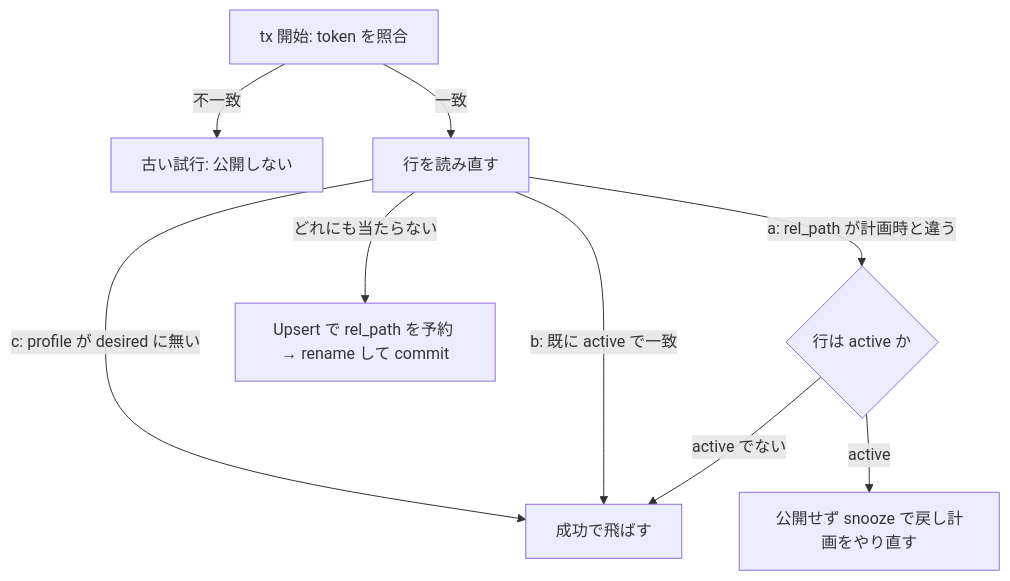
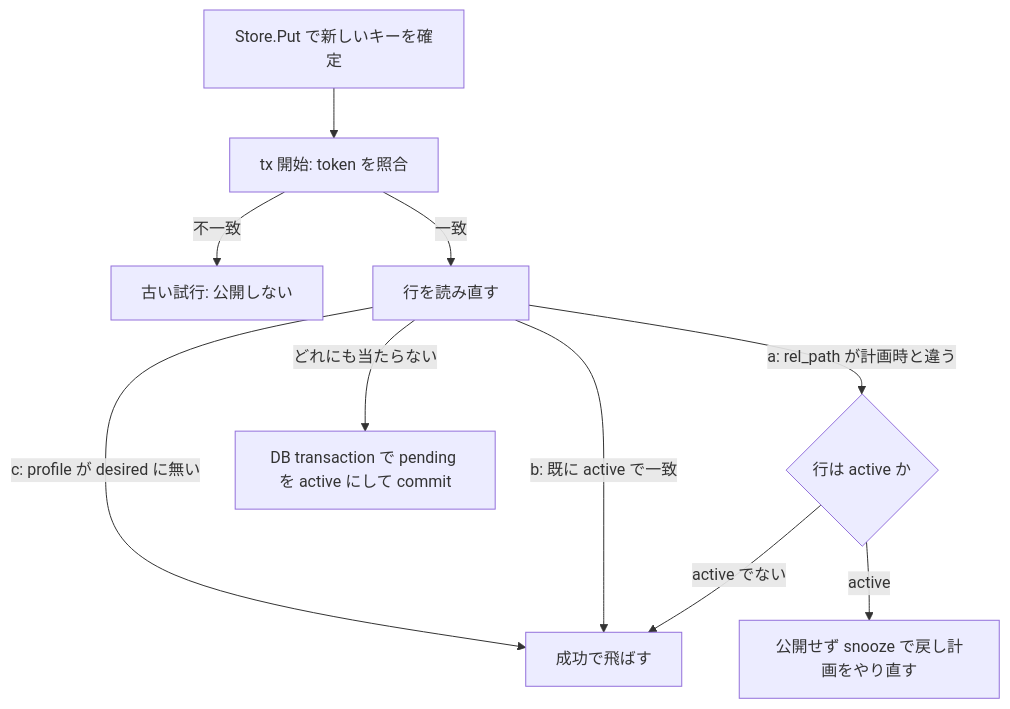
Before and after one commit to fetburner/rokuban: the diagram in docs/storage/contract.md, drawn with Mermaid. The commit also changed other lines of this file and 42 other files, not shown here.

````diff
--- a/docs/storage/contract.md
+++ b/docs/storage/contract.md
@@ -171,11 +178,12 @@
 ```mermaid
 flowchart TD
-    A[tx 開始: token を照合] -->|不一致| X[古い試行: 公開しない]
+    P[Store.Put で新しいキーを確定] --> A[tx 開始: token を照合]
+    A -->|不一致| X[古い試行: 公開しない]
     A -->|一致| B[行を読み直す]
     B -->|c: profile が desired に無い| S[成功で飛ばす]
     B -->|b: 既に active で一致| S
     B -->|a: rel_path が計画時と違う| C{行は active か}
     C -->|active| R[公開せず snooze で戻し計画をやり直す]
     C -->|active でない| S
-    B -->|どれにも当たらない| P[Upsert で rel_path を予約 → rename して commit]
+    B -->|どれにも当たらない| D[DB transaction で pending を active にして commit]
 ```
````
